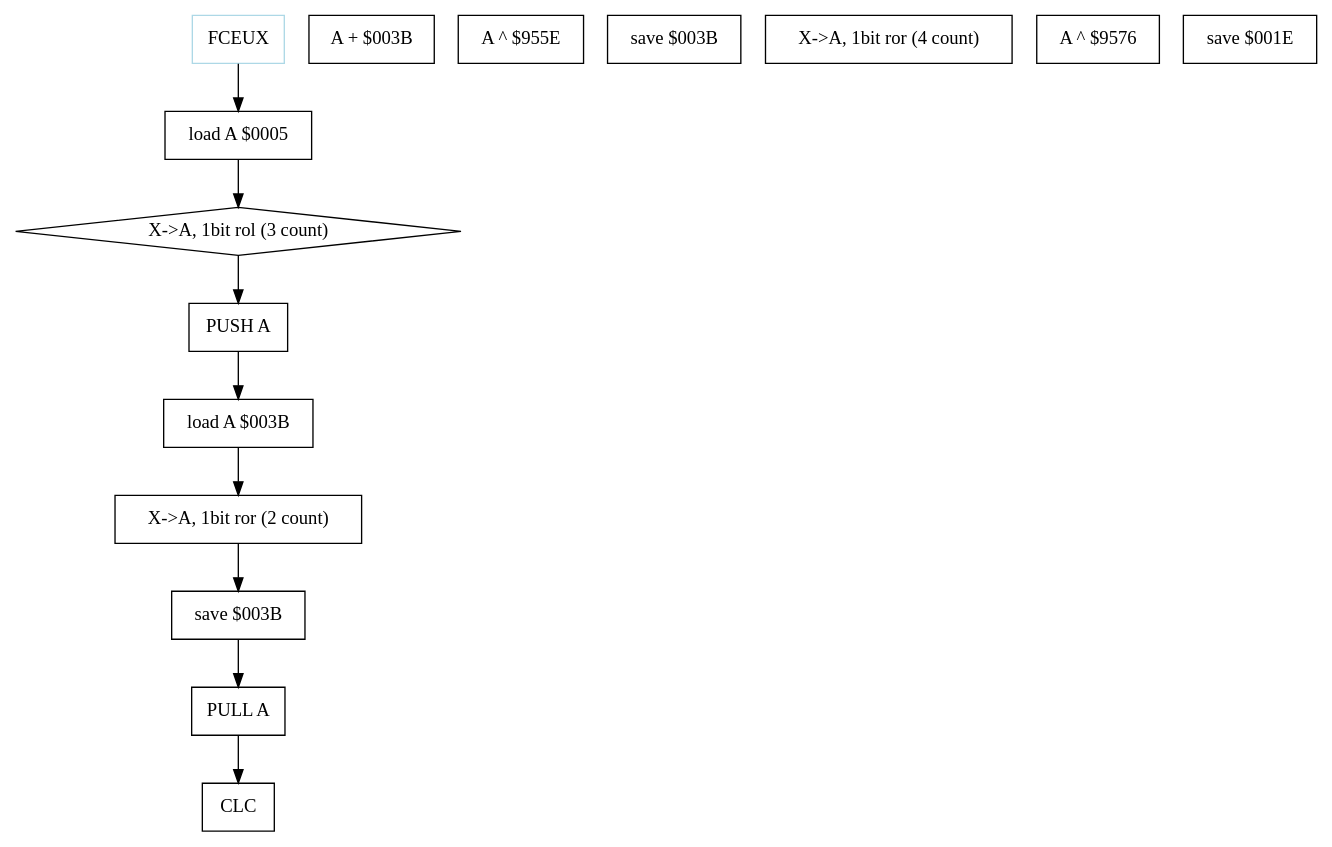
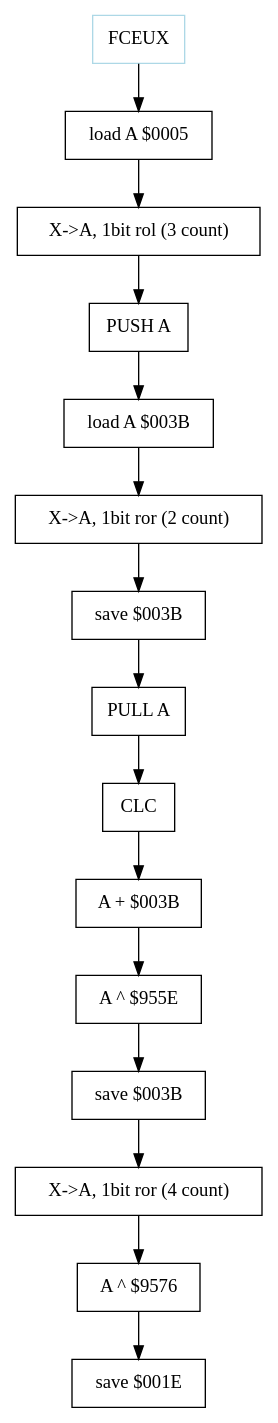
Before and after one commit to joizel/ctf_writeup: the diagram in docs/reversing/[CSAW] hacking time.rst, drawn with Graphviz. The commit also changed 1 other file, not shown here.

Commit message:
replace
replace

```diff
--- a/docs/reversing/[CSAW] hacking time.rst
+++ b/docs/reversing/[CSAW] hacking time.rst
@@ -5,21 +5,21 @@
 .. graphviz::
 
     digraph foo {
-        a -> b -> c -> d -> e -> f -> g -> h -> i;
+        a -> b -> c -> d -> e -> f -> g -> h -> i -> j -> k -> l -> m -> n -> o;
         
         a [shape=box, color=lightblue, label="FCEUX"];
         b [shape=box, label="load A $0005"];
-        c [shape=diamond, label="X->A, 1bit rol (3 count)"];
+        c [shape=box, label="X->A, 1bit rol (3 count)"];
         d [shape=box, label="PUSH A"];
         e [shape=box, label="load A $003B"];
         f [shape=box, label="X->A, 1bit ror (2 count)"];
         g [shape=box, label="save $003B"];
         h [shape=box, label="PULL A"];
         i [shape=box, label="CLC"];
         j [shape=box, label="A + $003B"];
         k [shape=box, label="A ^ $955E"];
         l [shape=box, label="save $003B"];
         m [shape=box, label="X->A, 1bit ror (4 count)"];
         n [shape=box, label="A ^ $9576"];
         o [shape=box, label="save $001E"];
     }
```
